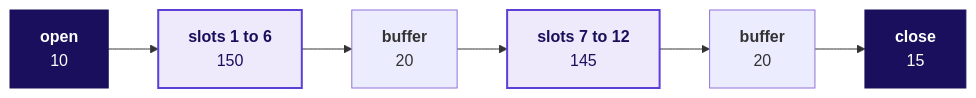
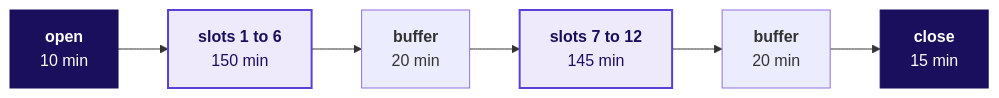
Before and after one commit to fde-academy-lab/c2-content-factory: the diagram in content/W03/D4/trainer/C2_W03_D04_day_sheet_TRAINER.md, drawn with Mermaid. The commit also changed other lines of this file and 2 other files, not shown here.

````diff
--- a/content/W03/D4/trainer/C2_W03_D04_day_sheet_TRAINER.md
+++ b/content/W03/D4/trainer/C2_W03_D04_day_sheet_TRAINER.md
@@ -67,9 +112,9 @@
 ```mermaid
 flowchart LR
-    O["<b>open</b><br/>10"] --> M1["<b>slots 1 to 6</b><br/>150"] --> K1["<b>buffer</b><br/>20"]
-    K1 --> M2["<b>slots 7 to 12</b><br/>145"] --> K2["<b>buffer</b><br/>20"] --> C["<b>close</b><br/>15"]
+    O["<b>open</b><br/>10 min"] --> M1["<b>slots 1 to 6</b><br/>150 min"] --> K1["<b>buffer</b><br/>20 min"]
+    K1 --> M2["<b>slots 7 to 12</b><br/>145 min"] --> K2["<b>buffer</b><br/>20 min"] --> C["<b>close</b><br/>15 min"]
     classDef known fill:#EEEAFB,stroke:#5B3FD6,color:#1A0F5C,stroke-width:2px
     classDef dark fill:#1A0F5C,stroke:#1A0F5C,color:#FFFFFF
     class M1,M2 known
     class O,C dark
 ```
````
